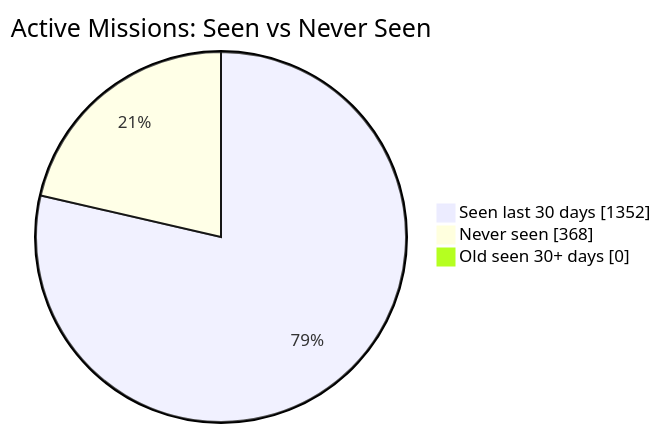
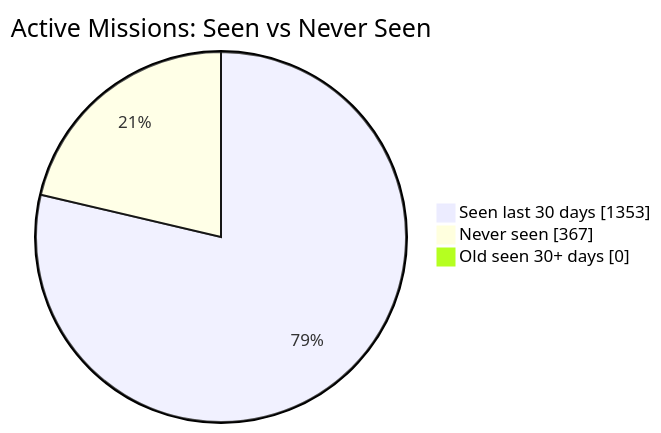
The first of 2 diagrams in README.md (MeldkamerspelGameTeam/active-missions), drawn with Mermaid before and after one commit. The commit also changed other lines of this file and 3 other files, not shown here.

````diff
--- a/README.md
+++ b/README.md
@@ -34,7 +34,7 @@
 ```mermaid
 pie showData
     title Active Missions: Seen vs Never Seen
-    "Seen last 30 days" : 1352
-    "Never seen" : 368
+    "Seen last 30 days" : 1353
+    "Never seen" : 367
     "Old seen 30+ days" : 0
 ```
````
